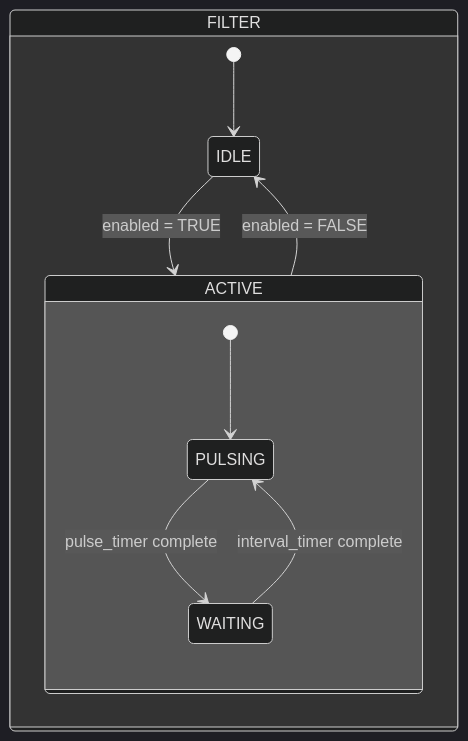
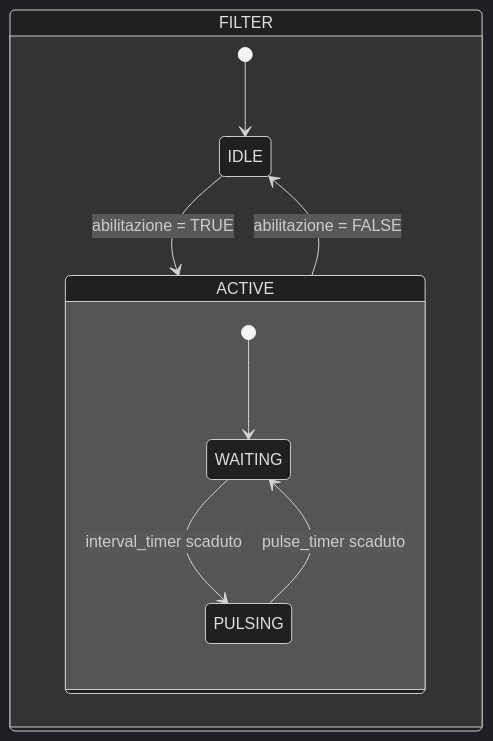
One commit to AleFire99/TIA_knowledge changed the second of 2 diagrams in docs/library/filters/1-sleeve/index.it.md. Above: the diagram before and after it, drawn with Mermaid (dark theme). The commit also changed other lines of this file and 31 other files, not shown here.

````diff
--- a/docs/library/filters/1-sleeve/index.it.md
+++ b/docs/library/filters/1-sleeve/index.it.md
@@ -86,20 +86,16 @@
 ```mermaid
 stateDiagram-v2
-	
-	state FILTER{
-    [*] --> IDLE
+    state FILTER {
+        [*] --> IDLE
 
-    IDLE --> ACTIVE: enabled = TRUE
-    
-    state ACTIVE{
-    
-    [*] --> PULSING
-    
-	    PULSING --> WAITING: pulse_timer complete
-	    
-	    WAITING --> PULSING: interval_timer complete
-    
-    }
-    ACTIVE --> IDLE: enabled = FALSE
-	}
+        IDLE --> ACTIVE : abilitazione = TRUE
+
+        state ACTIVE {
+            [*] --> WAITING
+            WAITING --> PULSING : interval_timer scaduto
+            PULSING --> WAITING : pulse_timer scaduto
+        }
+
+        ACTIVE --> IDLE : abilitazione = FALSE
+    }
 ```
````
